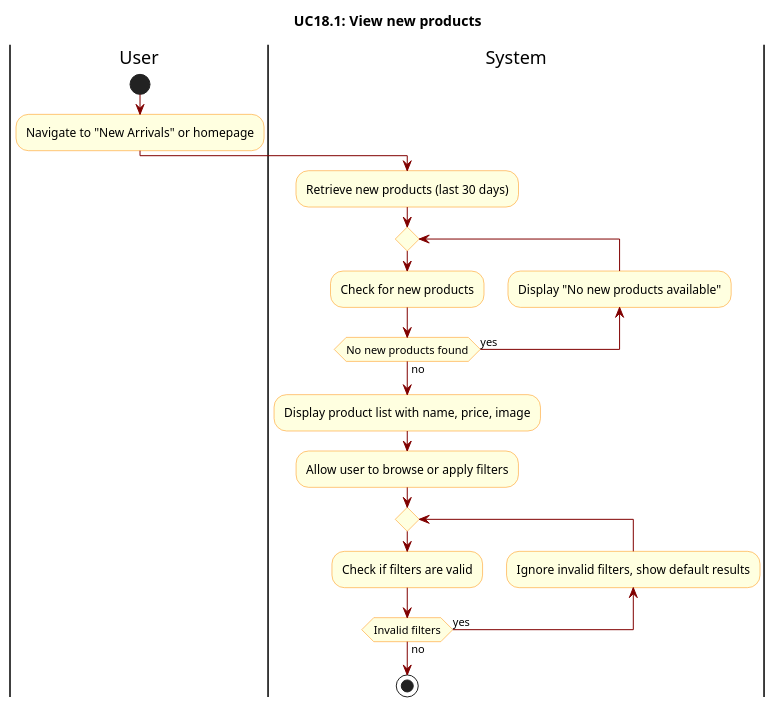
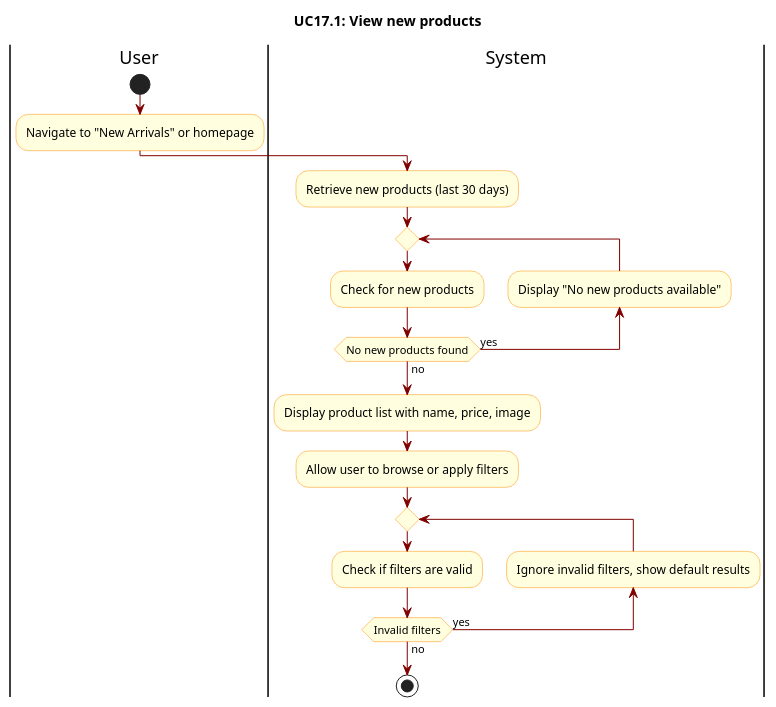
One commit to hiusnguyen201/BE_ClothingShop changed the diagram in docs/activity diagram/UC19-ViewNewproducts.wsd. Above: the diagram before and after it, drawn with PlantUML. The commit also changed 90 other files, not shown here.

```diff
--- a/docs/activity diagram/UC19-ViewNewproducts.wsd
+++ b/docs/activity diagram/UC19-ViewNewproducts.wsd
@@ -1,31 +1,31 @@
 @startuml
 
 skinparam ActivityBackgroundColor LightYellow
 skinparam ActivityBorderColor DarkOrange
 skinparam ArrowColor Maroon
 
-title UC18.1: View new products
+title UC17.1: View new products
 
 |User|
 start
 :Navigate to "New Arrivals" or homepage;
 
 |System|
 :Retrieve new products (last 30 days);
 repeat
   :Check for new products;
   backward :Display "No new products available";
 repeat while (No new products found) is (yes) not (no)
 
 :Display product list with name, price, image;
 :Allow user to browse or apply filters;
 
 repeat
   :Check if filters are valid;
   backward :Ignore invalid filters, show default results;
 repeat while (Invalid filters) is (yes) not (no)
 
 
 stop
 
 @enduml
```
